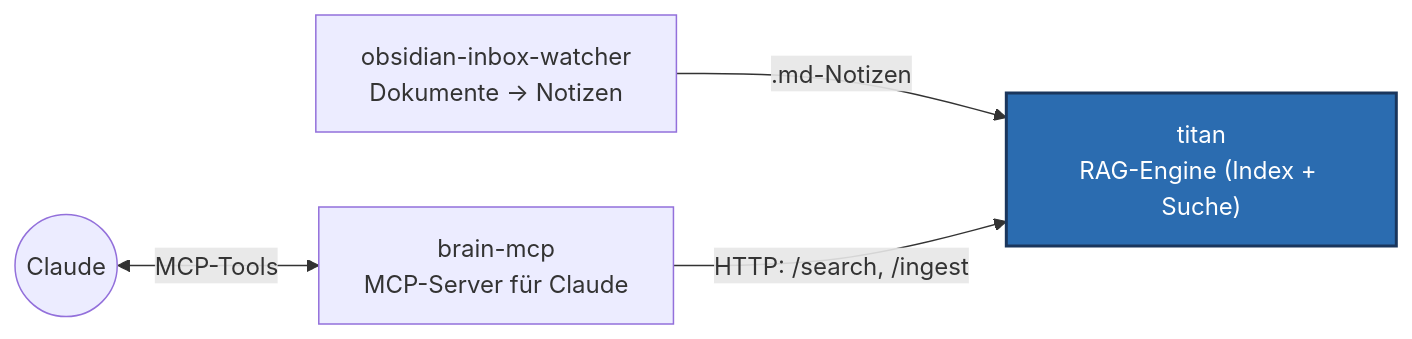
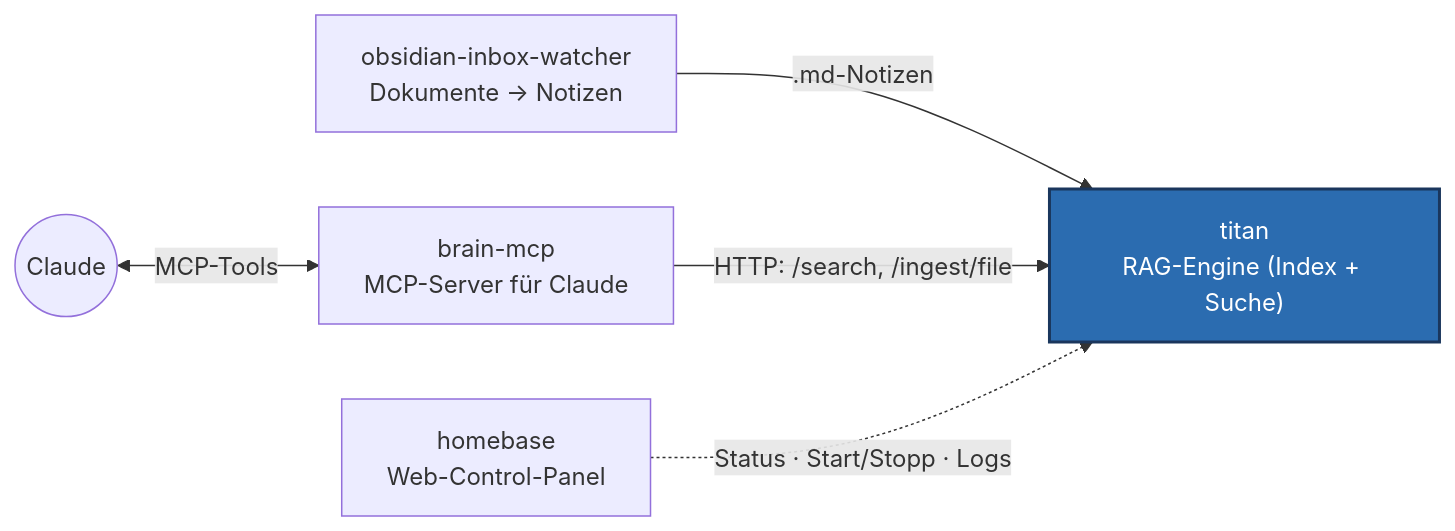
One commit to charlieLucke/titan changed the second of 2 diagrams in README.md. Above: the diagram before and after it, drawn with Mermaid. The commit also changed other lines of this file, not shown here.

````diff
--- a/README.md
+++ b/README.md
@@ -99,12 +100,14 @@
 ```mermaid
 flowchart LR
     OIW["obsidian-inbox-watcher<br/>Dokumente → Notizen"]
     T["titan<br/>RAG-Engine (Index + Suche)"]
     BM["brain-mcp<br/>MCP-Server für Claude"]
+    HB["homebase<br/>Web-Control-Panel"]
     C(("Claude"))
     OIW -->|".md-Notizen"| T
-    BM -->|"HTTP: /search, /ingest"| T
+    BM -->|"HTTP: /search, /ingest/file"| T
     C <-->|"MCP-Tools"| BM
+    HB -.->|"Status · Start/Stopp · Logs"| T
     classDef here fill:#2b6cb0,stroke:#1a365d,color:#fff,stroke-width:2px;
     class T here
 ```
````
